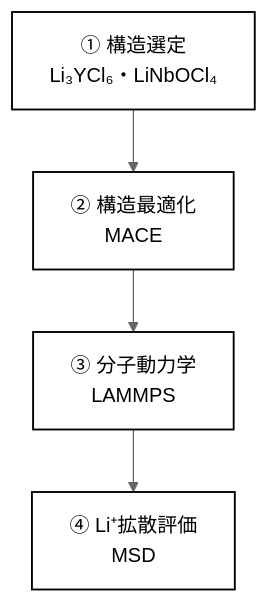
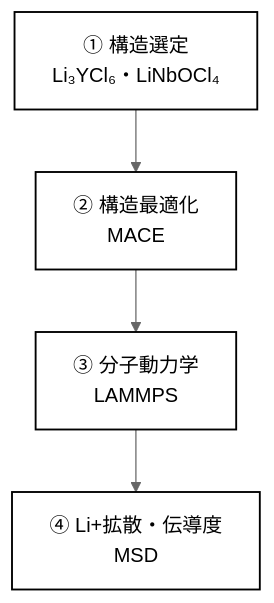
Before and after one commit to Long-Brian-Yang/li-research: the diagram in docs/presentations/direction2_development_plan_ja.md, drawn with Mermaid (neutral theme). The commit also changed 1 other file, not shown here.

Commit message:
Add conductivity to development flowchart

````diff
--- a/docs/presentations/direction2_development_plan_ja.md
+++ b/docs/presentations/direction2_development_plan_ja.md
@@ -9,10 +9,10 @@
 ```mermaid
 flowchart TD
     A["① 構造選定<br/>Li₃YCl₆・LiNbOCl₄"]
     --> B["② 構造最適化<br/>MACE"]
     --> C["③ 分子動力学<br/>LAMMPS"]
-    --> D["④ Li⁺拡散評価<br/>MSD"]
+    --> D["④ Li+拡散・伝導度<br/>MSD"]
 
     classDef step fill:#FFFFFF,stroke:#000000,stroke-width:1.5px,color:#000000;
     class A,B,C,D step;
 ```
````
